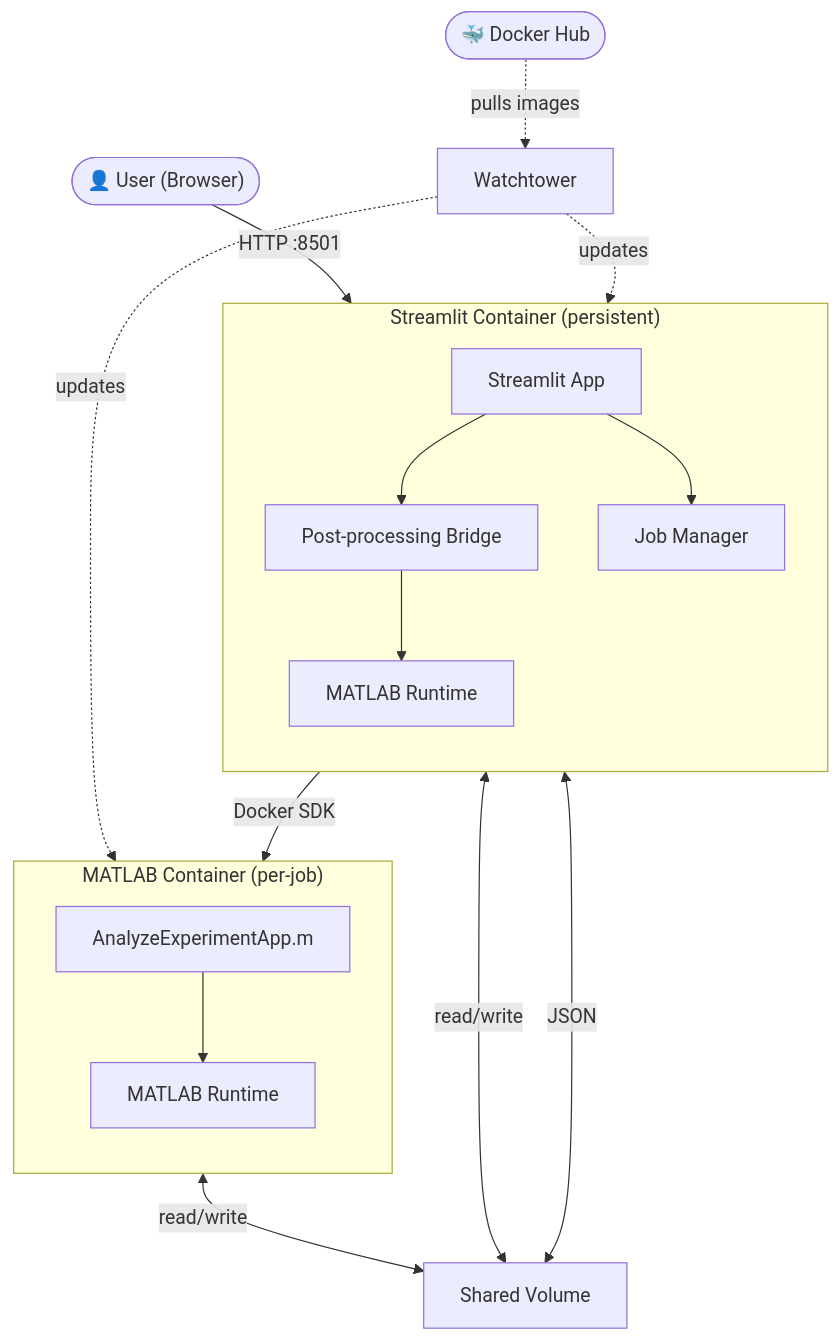
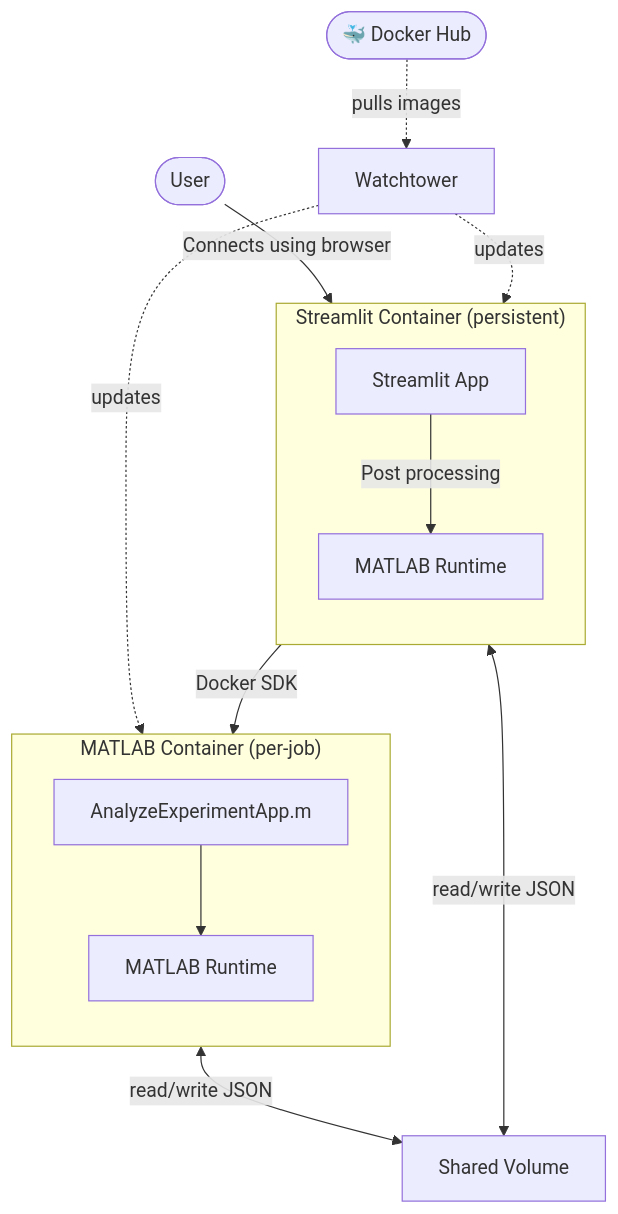
Before and after one commit to Dass33/MatlabPoC: the diagram in docs/index.md, drawn with Mermaid. The commit also changed other lines of this file and 17 other files, not shown here.

````diff
--- a/docs/index.md
+++ b/docs/index.md
@@ -9,38 +9,33 @@
 ```mermaid
 flowchart TB
-    User(["👤 User (Browser)"])
+    User(["User"])
 
     subgraph StreamlitContainer["Streamlit Container (persistent)"]
         direction TB
         Streamlit["Streamlit App"]
-        JM["Job Manager"]
-        Bridge["Post-processing Bridge"]
         MCR1["MATLAB Runtime"]
-        Bridge --> MCR1
-        Streamlit --> JM
-        Streamlit --> Bridge
+        Streamlit -->|Post processing| MCR1
     end
 
     DataVol["Shared Volume"]
 
     subgraph MatlabContainer["MATLAB Container (per-job)"]
         direction TB
         AnalyzeApp["AnalyzeExperimentApp.m"]
         MCR2["MATLAB Runtime"]
         AnalyzeApp --> MCR2
     end
 
     DockerHub(["🐳 Docker Hub"])
     DockerHub -.->|pulls images| Watchtower
 
-    User -->|HTTP :8501| Streamlit
-    JM -->|Docker SDK| AnalyzeApp
+    User -->|Connects using browser| Streamlit
+    Streamlit -->|Docker SDK| AnalyzeApp
 
-    JM <-->|read/write| DataVol
-    AnalyzeApp <-->|read/write| DataVol
-    Bridge <-->|JSON| DataVol
+    AnalyzeApp <-->|read/write JSON| DataVol
+    Streamlit <-->|read/write JSON| DataVol
 
     Watchtower -.->|updates| StreamlitContainer
     Watchtower -.->|updates| MatlabContainer
     StreamlitContainer ~~~ MatlabContainer
 ```
````
